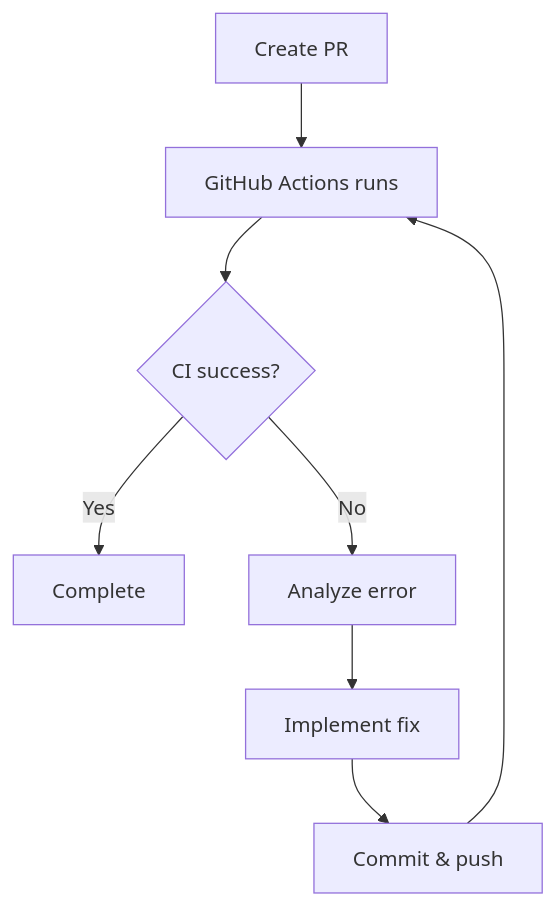
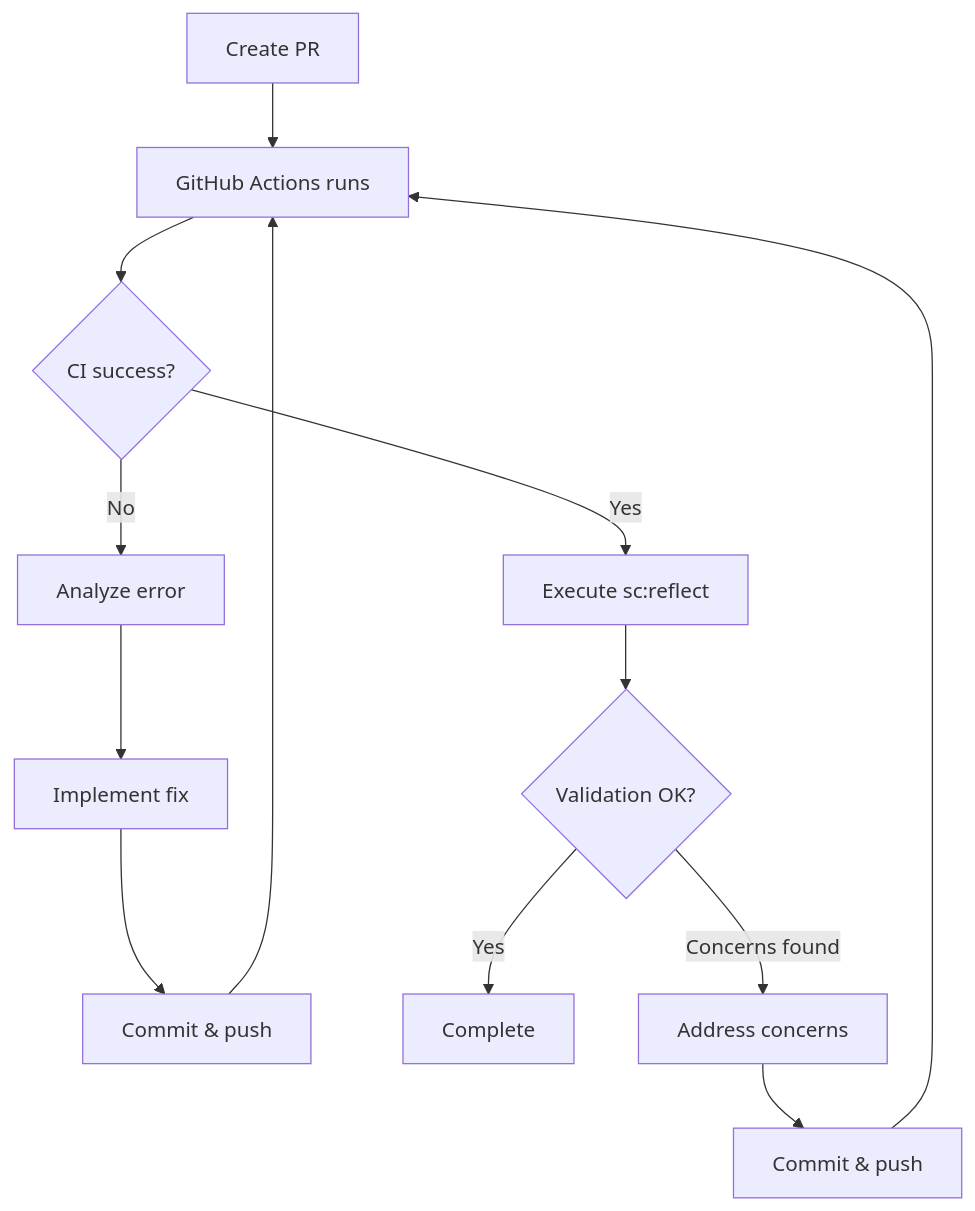
Before and after one commit to TE-ToshiakiTanaka2/tarnished: the first of 2 diagrams in .claude/skills/pr/SKILL.md, drawn with Mermaid. The commit also changed other lines of this file and 4 other files, not shown here.

````diff
--- a/.claude/skills/pr/SKILL.md
+++ b/.claude/skills/pr/SKILL.md
@@ -68,10 +143,15 @@
 ```mermaid
 graph TD
     A[Create PR] --> B[GitHub Actions runs]
     B --> C{CI success?}
-    C -->|Yes| D[Complete]
+    C -->|Yes| D[Execute sc:reflect]
     C -->|No| E[Analyze error]
     E --> F[Implement fix]
     F --> G[Commit & push]
     G --> B
+    D --> H{Validation OK?}
+    H -->|Yes| I[Complete]
+    H -->|Concerns found| J[Address concerns]
+    J --> K[Commit & push]
+    K --> B
 ```
````
